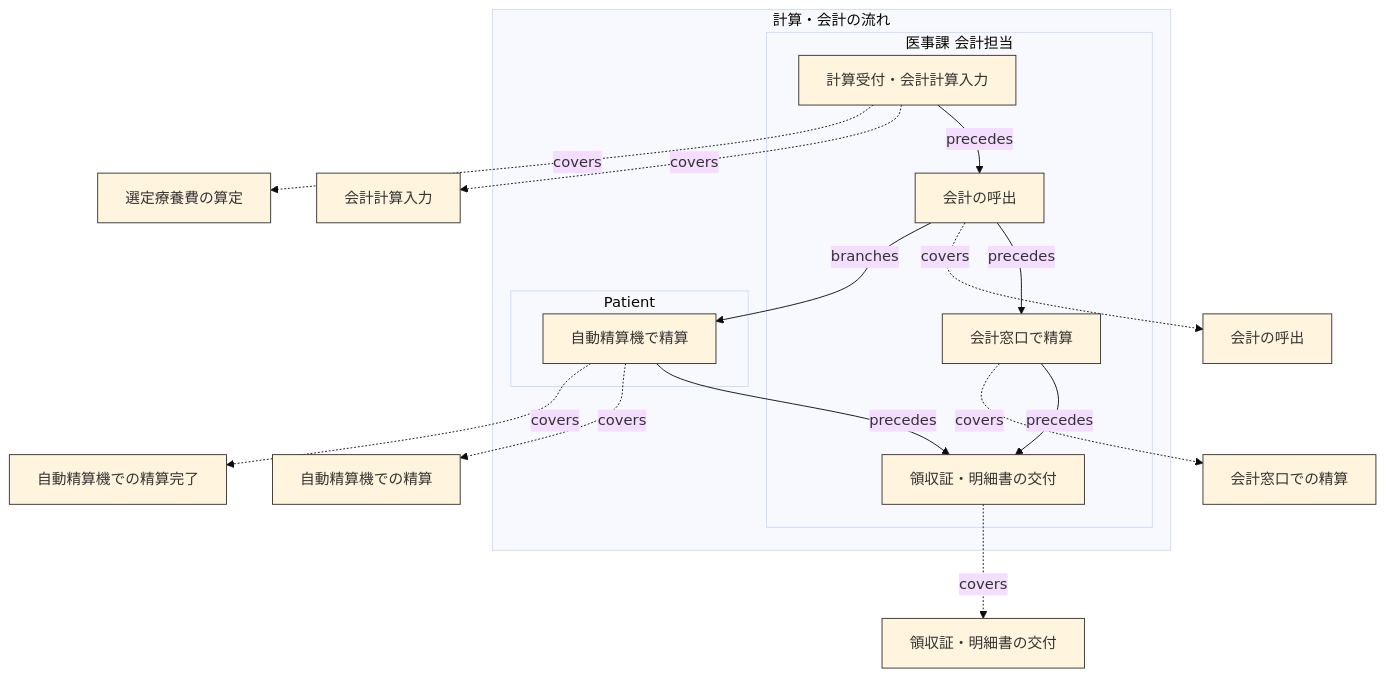
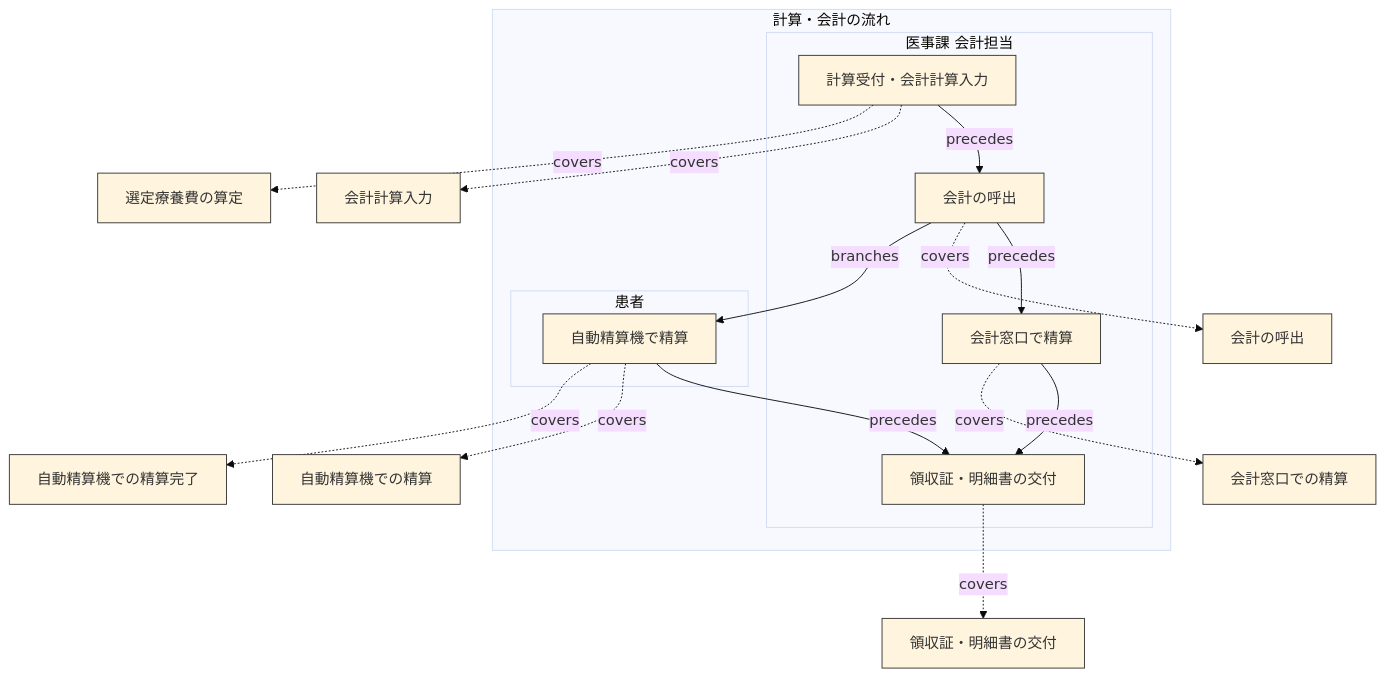
Before and after one commit to manji-0/rdra-ish-dsl: diagram 16 of 27 in samples/clinic-ops/design-sample.md, drawn with Mermaid (base theme). The commit also changed other lines of this file and 41 other files, not shown here.

````diff
--- a/samples/clinic-ops/design-sample.md
+++ b/samples/clinic-ops/design-sample.md
@@ -1754,43 +1754,43 @@
 ```mermaid
 %% rdra-ish diagram=flow scope=buc:BucVisitPayment model=samples/clinic-ops
 %% kinds: flow step lane usecase event
 %% omitted: buc
 flowchart TD
   subgraph flow__VisitPaymentFlow["計算・会計の流れ"]
     subgraph lane__VisitPaymentFlow__AccountsClerk["医事課 会計担当"]
       %% lane lane__VisitPaymentFlow__AccountsClerk: actor__AccountsClerk
       step__CalculationStep["計算受付・会計計算入力"]:::step
       step__CallStep["会計の呼出"]:::step
       step__ReceiptStep["領収証・明細書の交付"]:::step
       step__WindowStep["会計窓口で精算"]:::step
     end
-    subgraph lane__VisitPaymentFlow__Patient["Patient"]
+    subgraph lane__VisitPaymentFlow__Patient["患者"]
       %% lane lane__VisitPaymentFlow__Patient: actor__Patient
       step__KioskStep["自動精算機で精算"]:::step
     end
   end
   usecase__ApplySelectedTreatmentFee["選定療養費の算定"]:::usecase
   usecase__CalculateVisitBill["会計計算入力"]:::usecase
   usecase__CallPatientForPayment["会計の呼出"]:::usecase
   usecase__IssueReceipt["領収証・明細書の交付"]:::usecase
   usecase__SettleAtKiosk["自動精算機での精算"]:::usecase
   usecase__SettleAtWindow["会計窓口での精算"]:::usecase
   event__EvPaymentSettled["自動精算機での精算完了"]:::event
   step__CalculationStep -.->|covers| usecase__ApplySelectedTreatmentFee
   step__CalculationStep -.->|covers| usecase__CalculateVisitBill
   step__CalculationStep -->|precedes| step__CallStep
   step__CallStep -->|branches| step__KioskStep
   step__CallStep -.->|covers| usecase__CallPatientForPayment
   step__CallStep -->|precedes| step__WindowStep
   step__KioskStep -.->|covers| event__EvPaymentSettled
   step__KioskStep -.->|covers| usecase__SettleAtKiosk
   step__KioskStep -->|precedes| step__ReceiptStep
   step__ReceiptStep -.->|covers| usecase__IssueReceipt
   step__WindowStep -.->|covers| usecase__SettleAtWindow
   step__WindowStep -->|precedes| step__ReceiptStep
   classDef flow stroke:#333;
   classDef step stroke:#333;
   classDef lane stroke:#333;
   classDef usecase stroke:#333;
   classDef event stroke:#333;
 ```
````
